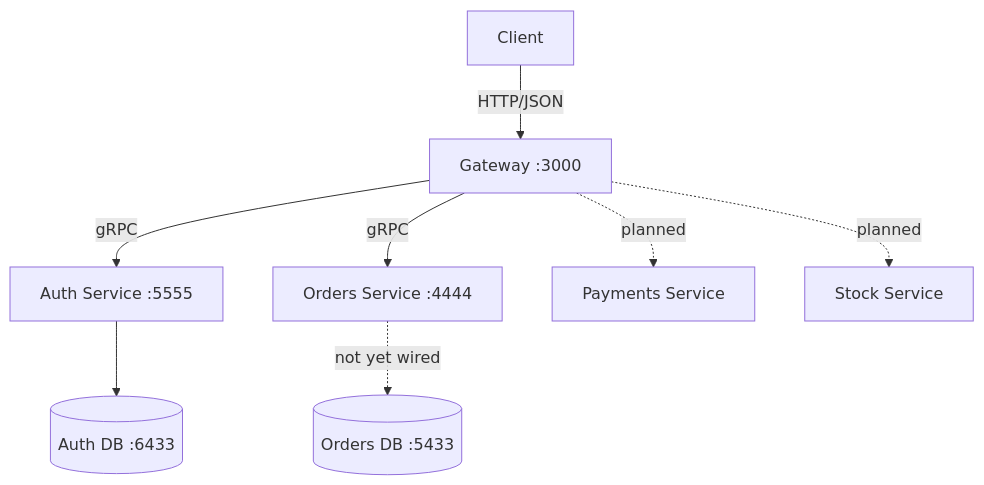
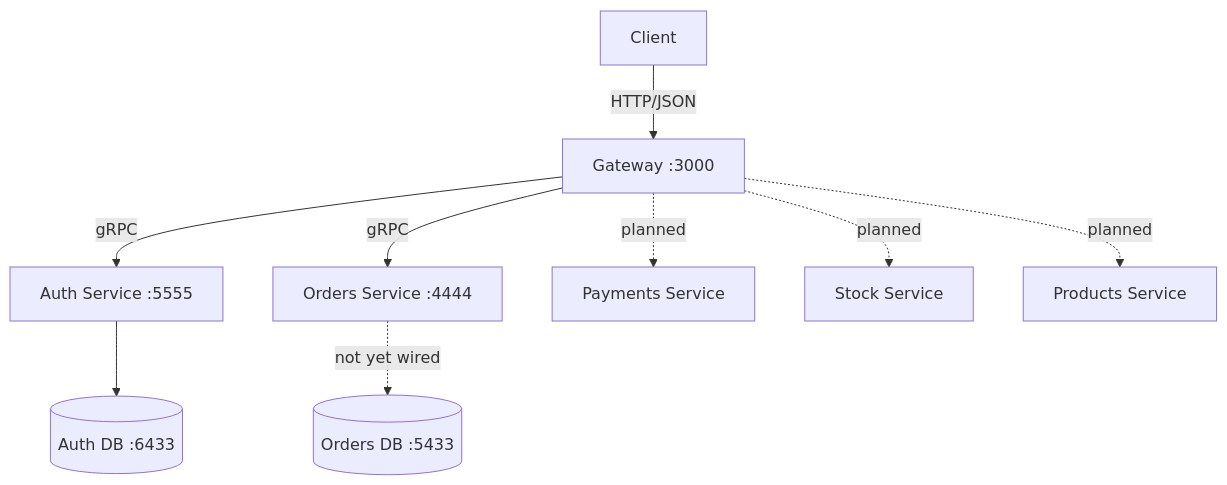
Before and after one commit to Akene-Uzezi/ecommerce-microservice: the diagram in README.md, drawn with Mermaid. The commit also changed other lines of this file and 1 other file, not shown here.

````diff
--- a/README.md
+++ b/README.md
@@ -7,20 +7,22 @@
 ```mermaid
 graph TB
     Client[Client]
     Gateway[Gateway :3000]
     Auth[Auth Service :5555]
     Orders[Orders Service :4444]
     Payments[Payments Service]
     Stock[Stock Service]
+    Products[Products Service]
     AuthDB[(Auth DB :6433)]
     OrdersDB[(Orders DB :5433)]
 
     Client -->|HTTP/JSON| Gateway
     Gateway -->|gRPC| Auth
     Gateway -->|gRPC| Orders
     Gateway -.->|planned| Payments
     Gateway -.->|planned| Stock
+    Gateway -.->|planned| Products
 
     Auth --> AuthDB
     Orders -.->|not yet wired| OrdersDB
 ```
````
